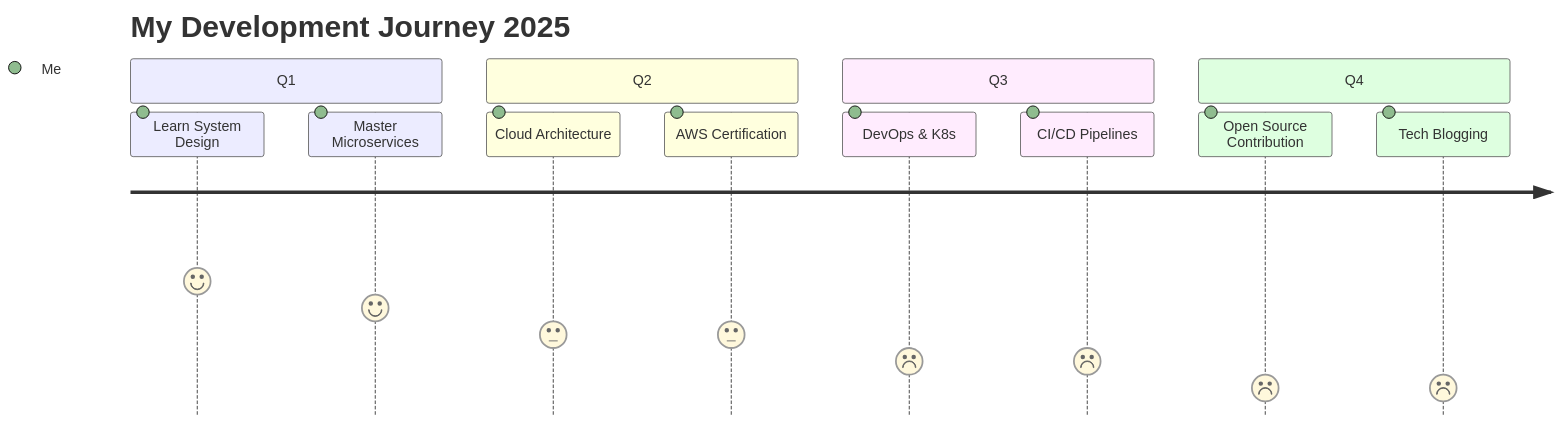
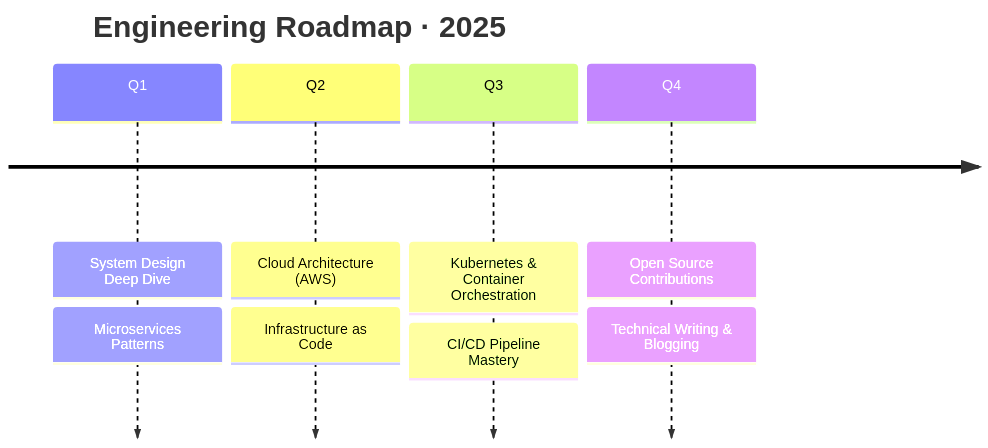
The diagram in README.md (mohammedhasan-prog/mohammedhasan-prog), drawn with Mermaid before and after one commit. The commit also changed other lines of this file, not shown here.

````diff
--- a/README.md
+++ b/README.md
@@ -271,16 +204,12 @@
 ```mermaid
-journey
-    title My Development Journey 2025
-    section Q1
-      Learn System Design: 5: Me
-      Master Microservices: 4: Me
-    section Q2
-      Cloud Architecture: 3: Me
-      AWS Certification: 3: Me
-    section Q3
-      DevOps & K8s: 2: Me
-      CI/CD Pipelines: 2: Me
-    section Q4
-      Open Source Contribution: 1: Me
-      Tech Blogging: 1: Me
+timeline
+    title Engineering Roadmap · 2025
+    Q1 : System Design Deep Dive
+       : Microservices Patterns
+    Q2 : Cloud Architecture (AWS)
+       : Infrastructure as Code
+    Q3 : Kubernetes & Container Orchestration
+       : CI/CD Pipeline Mastery
+    Q4 : Open Source Contributions
+       : Technical Writing & Blogging
 ```
````
